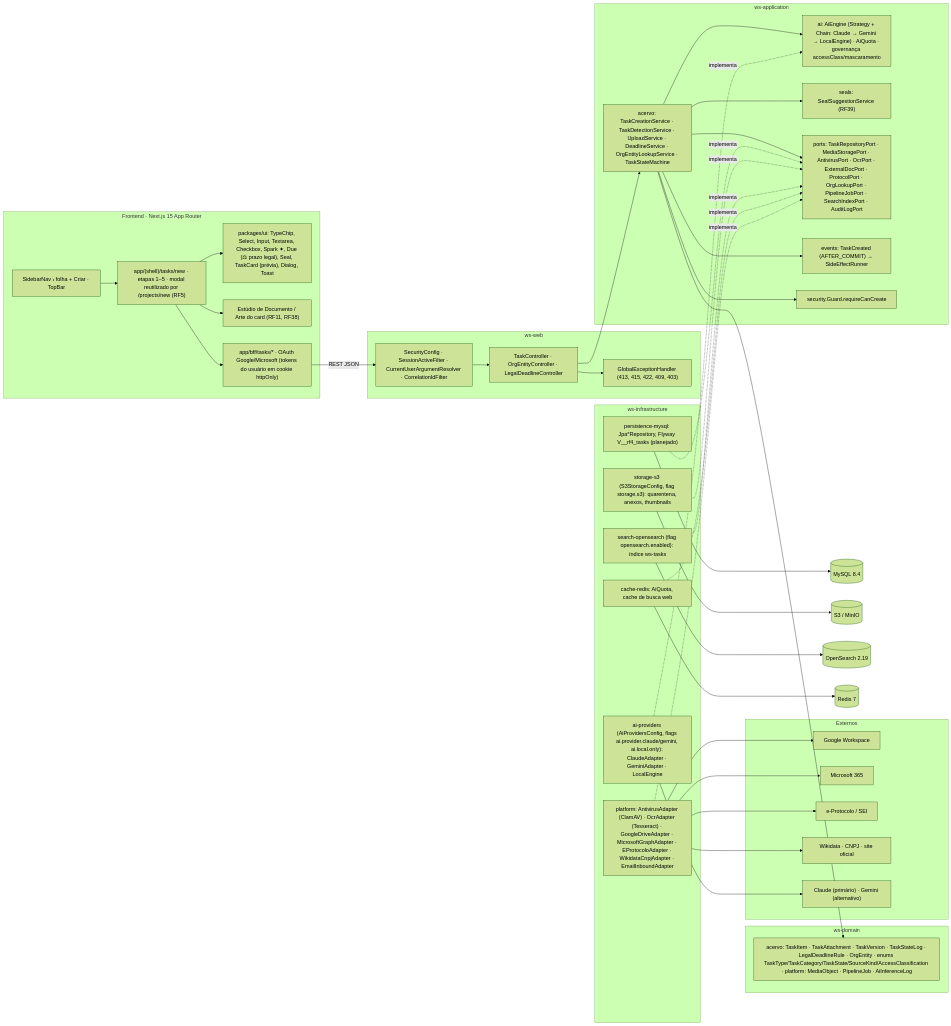
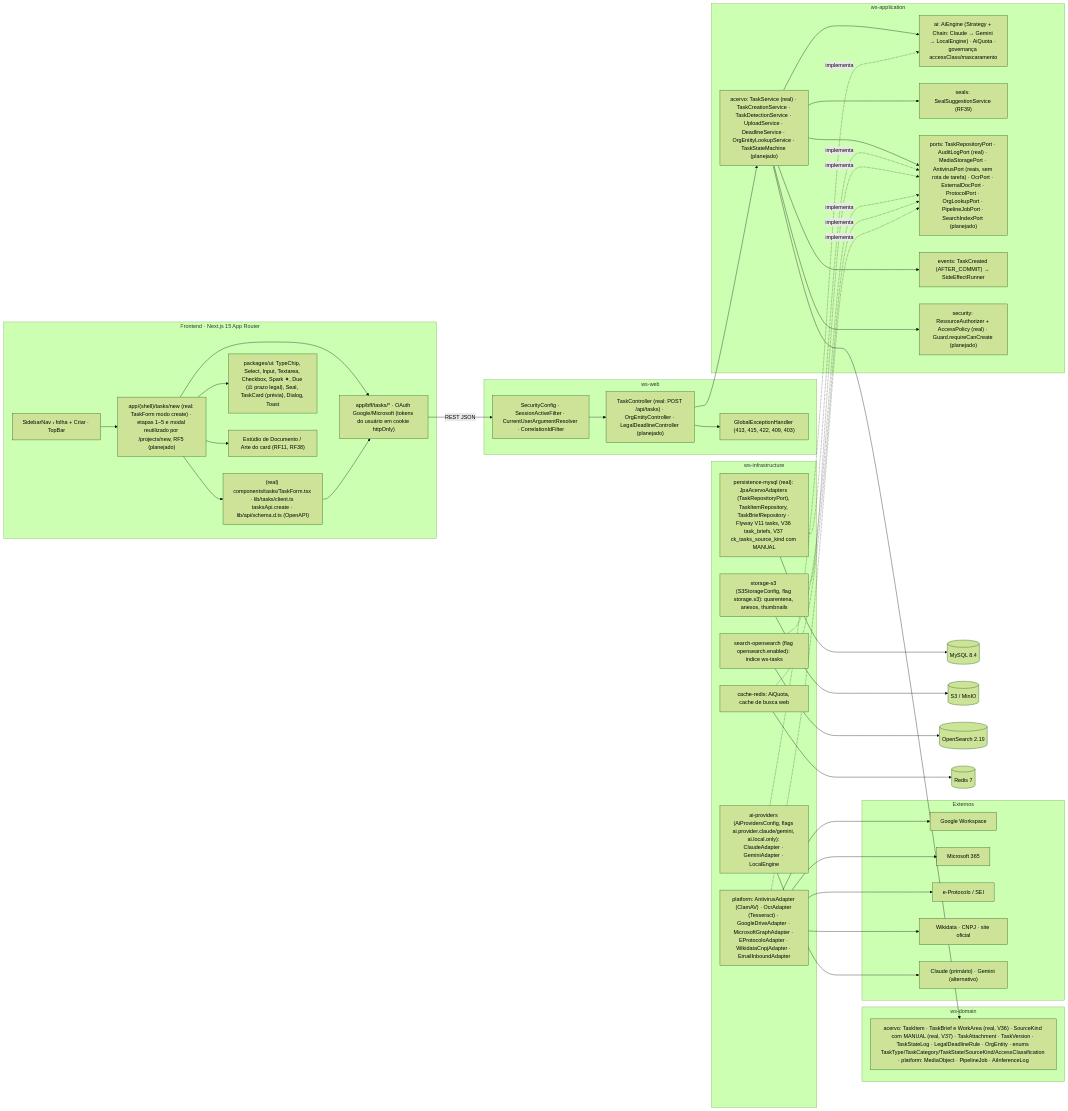
Before and after one commit to MatheusHaliski/Decia-app-2026: the fifth of 5 diagrams in docs/diagramas/RF4/README.md, drawn with Mermaid (forest theme). The commit also changed other lines of this file and 3 other files, not shown here.

First line of the commit message:
docs(diagramas): RF4, RF12 e RF41 alinhados à API real de tarefas

````diff
--- a/docs/diagramas/RF4/README.md
+++ b/docs/diagramas/RF4/README.md
@@ -563,69 +681,72 @@
 ```mermaid
 flowchart LR
   subgraph FE["Frontend · Next.js 15 App Router"]
-    PG["app/(shell)/tasks/new · etapas 1–5 · modal reutilizado por /projects/new (RF5)"]
+    PG["app/(shell)/tasks/new (real: TaskForm modo create) · etapas 1–5 e modal reutilizado por /projects/new, RF5 (planejado)"]
+    TFM["(real) components/tasks/TaskForm.tsx · lib/tasks/client.ts tasksApi.create · lib/api/schema.d.ts (OpenAPI)"]
     UI["packages/ui: TypeChip, Select, Input, Textarea, Checkbox, Spark ✦, Due (⚖ prazo legal), Seal, TaskCard (prévia), Dialog, Toast"]
     SN["SidebarNav › folha + Criar · TopBar"]
     ST["Estúdio de Documento / Arte do card (RF11, RF38)"]
     BFF["app/bff/tasks/* · OAuth Google/Microsoft (tokens do usuário em cookie httpOnly)"]
     PG --> UI
     PG --> ST
     PG --> BFF
+    PG --> TFM
+    TFM --> BFF
     SN --> PG
   end
   subgraph WSWEB["ws-web"]
     SEC["SecurityConfig · SessionActiveFilter · CurrentUserArgumentResolver · CorrelationIdFilter"]
-    TC["TaskController · OrgEntityController · LegalDeadlineController"]
+    TC["TaskController (real: POST /api/tasks) · OrgEntityController · LegalDeadlineController (planejado)"]
     GEH["GlobalExceptionHandler (413, 415, 422, 409, 403)"]
   end
   subgraph WSAPP["ws-application"]
-    AC["acervo: TaskCreationService · TaskDetectionService · UploadService · DeadlineService · OrgEntityLookupService · TaskStateMachine"]
+    AC["acervo: TaskService (real) · TaskCreationService · TaskDetectionService · UploadService · DeadlineService · OrgEntityLookupService · TaskStateMachine (planejado)"]
     AIE["ai: AiEngine (Strategy + Chain: Claude → Gemini → LocalEngine) · AiQuota · governança accessClass/mascaramento"]
     SEAL["seals: SealSuggestionService (RF39)"]
-    PORTS["ports: TaskRepositoryPort · MediaStoragePort · AntivirusPort · OcrPort · ExternalDocPort · ProtocolPort · OrgLookupPort · PipelineJobPort · SearchIndexPort · AuditLogPort"]
+    PORTS["ports: TaskRepositoryPort · AuditLogPort (real) · MediaStoragePort · AntivirusPort (reais, sem rota de tarefa) · OcrPort · ExternalDocPort · ProtocolPort · OrgLookupPort · PipelineJobPort · SearchIndexPort (planejado)"]
     EVT["events: TaskCreated (AFTER_COMMIT) → SideEffectRunner"]
-    GD["security.Guard.requireCanCreate"]
+    GD["security: ResourceAuthorizer + AccessPolicy (real) · Guard.requireCanCreate (planejado)"]
     AC --> PORTS
     AC --> AIE
     AC --> SEAL
     AC --> EVT
     AC --> GD
   end
   subgraph WSDOM["ws-domain"]
-    DOM["acervo: TaskItem · TaskAttachment · TaskVersion · TaskStateLog · LegalDeadlineRule · OrgEntity · enums TaskType/TaskCategory/TaskState/SourceKind/AccessClassification · platform: MediaObject · PipelineJob · AiInferenceLog"]
+    DOM["acervo: TaskItem · TaskBrief e WorkArea (real, V36) · SourceKind com MANUAL (real, V37) · TaskAttachment · TaskVersion · TaskStateLog · LegalDeadlineRule · OrgEntity · enums TaskType/TaskCategory/TaskState/SourceKind/AccessClassification · platform: MediaObject · PipelineJob · AiInferenceLog"]
   end
   subgraph INFRA["ws-infrastructure"]
-    MY["persistence-mysql: Jpa*Repository, Flyway V__rf4_tasks (planejado)"]
+    MY["persistence-mysql (real): JpaAcervoAdapters (TaskRepositoryPort), TaskItemRepository, TaskBriefRepository · Flyway V11 tasks, V36 task_briefs, V37 ck_tasks_source_kind com MANUAL"]
     S3["storage-s3 (S3StorageConfig, flag storage.s3): quarentena, anexos, thumbnails"]
     OSE["search-opensearch (flag opensearch.enabled): índice ws-tasks"]
     RDS["cache-redis: AiQuota, cache de busca web"]
     AIP["ai-providers (AiProvidersConfig, flags ai.provider.claude/gemini, ai.local.only): ClaudeAdapter · GeminiAdapter · LocalEngine"]
     PLT["platform: AntivirusAdapter (ClamAV) · OcrAdapter (Tesseract) · GoogleDriveAdapter · MicrosoftGraphAdapter · EProtocoloAdapter · WikidataCnpjAdapter · EmailInboundAdapter"]
   end
   subgraph EXT["Externos"]
     GW["Google Workspace"]
     M365["Microsoft 365"]
     EP["e-Protocolo / SEI"]
     WD["Wikidata · CNPJ · site oficial"]
     CL["Claude (primário) · Gemini (alternativo)"]
   end
 
   BFF -->|"REST JSON"| SEC --> TC --> AC
   TC --> GEH
   MY -.implementa.-> PORTS
   S3 -.implementa.-> PORTS
   OSE -.implementa.-> PORTS
   RDS -.implementa.-> PORTS
   AIP -.implementa.-> AIE
   PLT -.implementa.-> PORTS
   AC --> DOM
   PLT --> GW
   PLT --> M365
   PLT --> EP
   PLT --> WD
   AIP --> CL
   MY --> DB[("MySQL 8.4")]
   S3 --> MINIO[("S3 / MinIO")]
   OSE --> OSX[("OpenSearch 2.19")]
   RDS --> RD[("Redis 7")]
 ```
````
